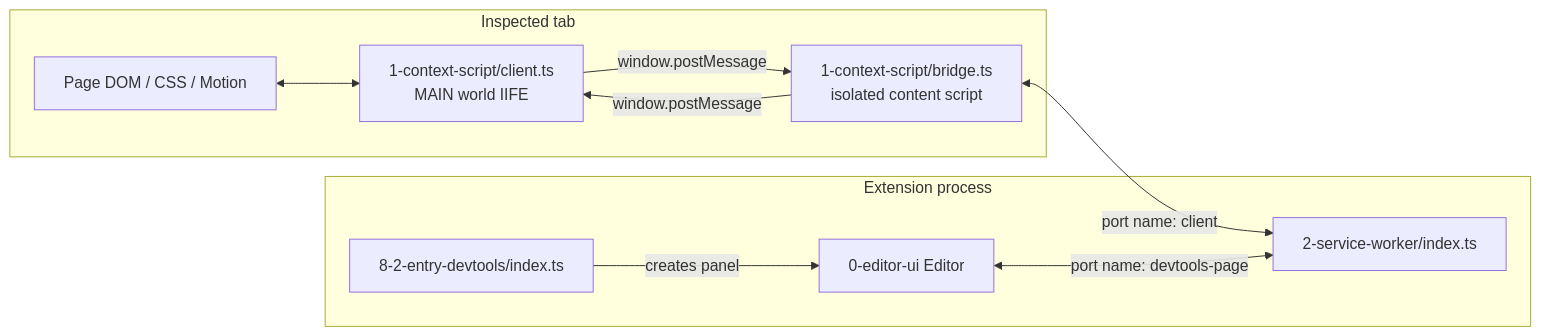
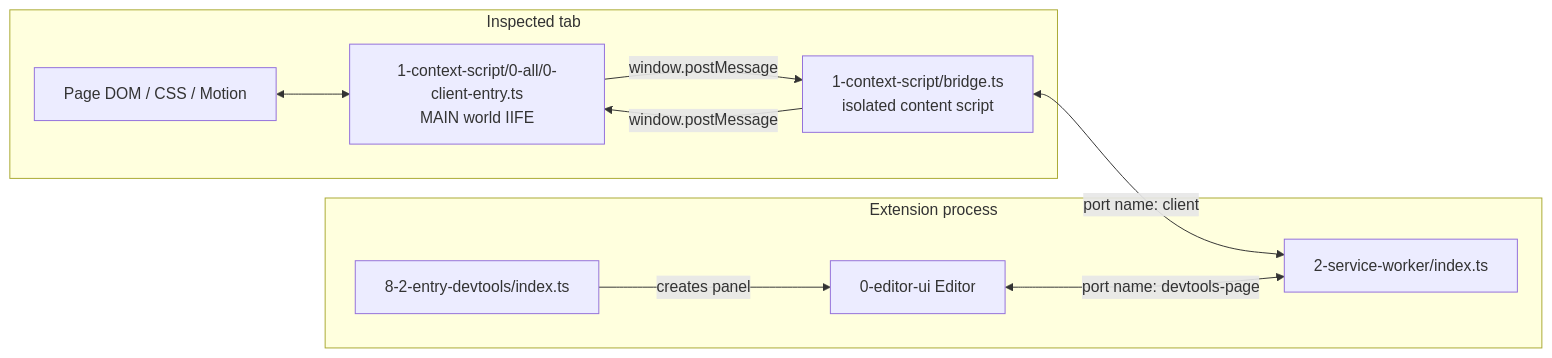
Before and after one commit to maxzz/transitions-chrome: the first of 6 diagrams in README.md, drawn with Mermaid. The commit also changed other lines of this file and 6 other files, not shown here.

````diff
--- a/README.md
+++ b/README.md
@@ -136,21 +137,21 @@
 ```mermaid
 flowchart LR
   subgraph Page["Inspected tab"]
     DOM["Page DOM / CSS / Motion"]
-    Client["1-context-script/client.ts<br/>MAIN world IIFE"]
+    Client["1-context-script/0-all/0-client-entry.ts<br/>MAIN world IIFE"]
     Bridge["1-context-script/bridge.ts<br/>isolated content script"]
     DOM <--> Client
     Client -->|"window.postMessage"| Bridge
     Bridge -->|"window.postMessage"| Client
   end
 
   subgraph Extension["Extension process"]
     SW["2-service-worker/index.ts"]
     DT["8-2-entry-devtools/index.ts"]
     Editor["0-editor-ui Editor"]
     DT -->|creates panel| Editor
   end
 
   Bridge <-->|"port name: client"| SW
   Editor <-->|"port name: devtools-page"| SW
 ```
````
